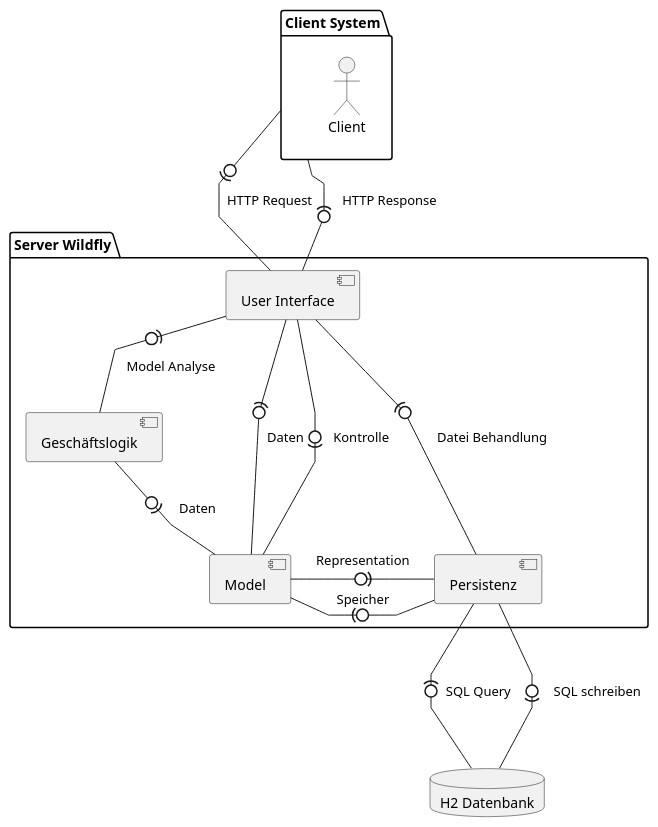
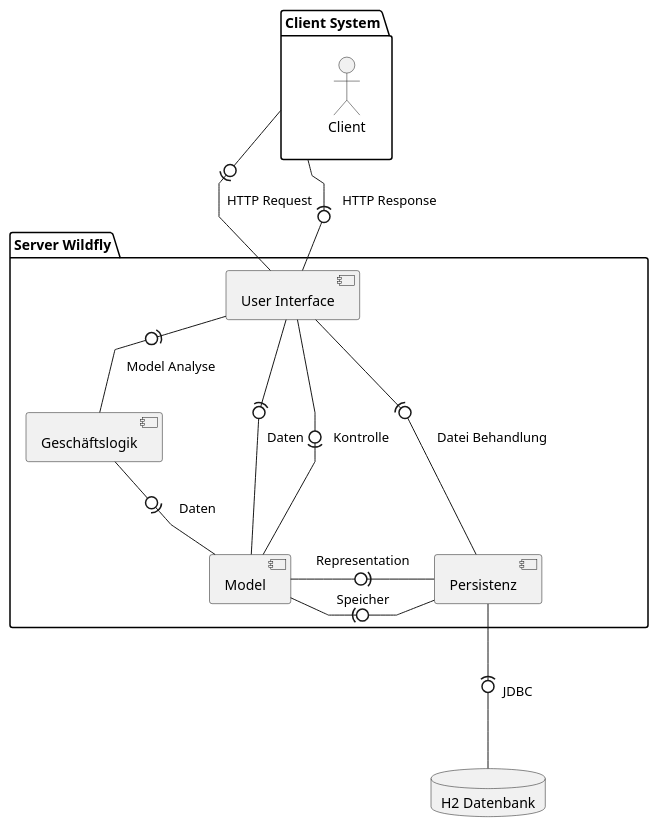
The seventh of 9 diagrams in doc/UML/plantuml.org (fkehlenb/softwareprojekt-2), drawn with PlantUML before and after one commit. The commit also changed other lines of this file and 9 other files, not shown here.

```diff
--- a/doc/UML/plantuml.org
+++ b/doc/UML/plantuml.org
@@ -132,34 +132,33 @@
 #+BEGIN_SRC plantuml :file konzeptionelleSicht.png
 skinparam linetype polyline
 package "Server Wildfly" as server{
 together {
   [Persistenz] as per
   [Geschäftslogik] as gl
   [Model] as model
 }
 [User Interface] as ui
 
 }
 
 database "H2 Datenbank" as db
 
 package "Client System" as ext {
 actor "Client" as client
 }
 
 model -left(0- gl: "Daten"
 model -right0)- per: "Representation"
 model -right(0- per: "Speicher"
 model -up0)-- ui: Daten
 model -up(0-- ui: "   Kontrolle"
 
 ui -(0- per: "Datei Behandlung"
 ui -(0- gl: " Model Analyse"
 
-db --up0)- per: "  SQL Query   "
-db --up(0- per: "    SQL schreiben"
+db --up0)- per: "  JDBC  "
 
 
 ui -up(0- ext: "HTTP Request"
 ui -up0)- ext: "   HTTP Response"
 #+END_SRC
```
